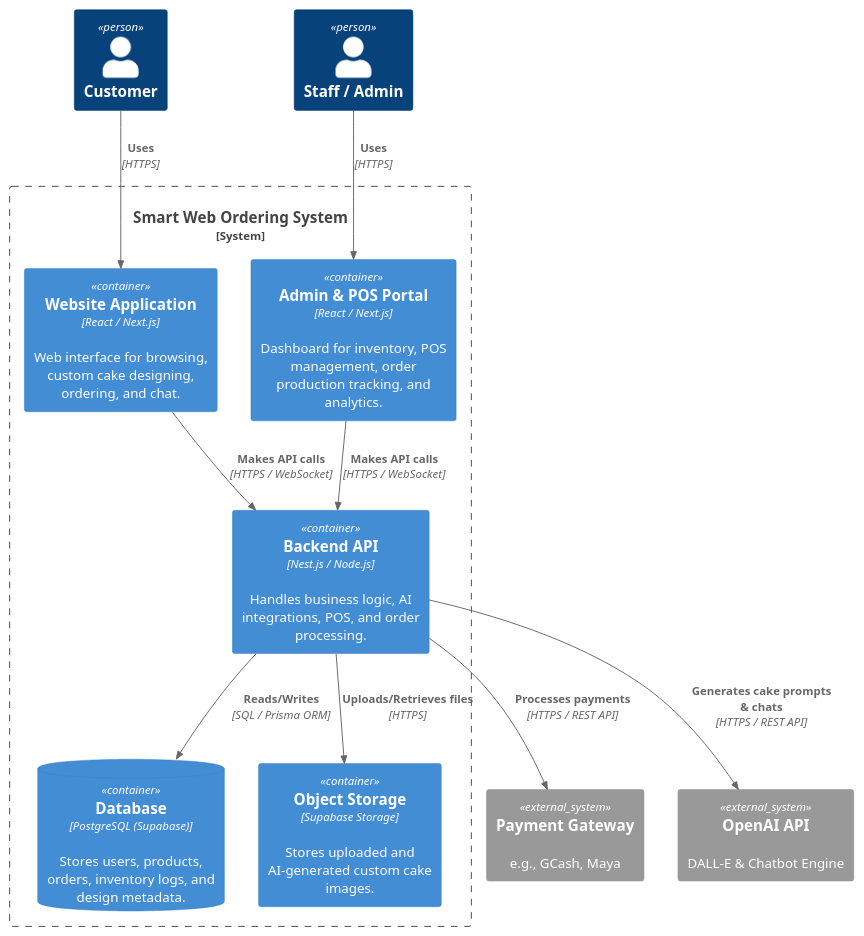
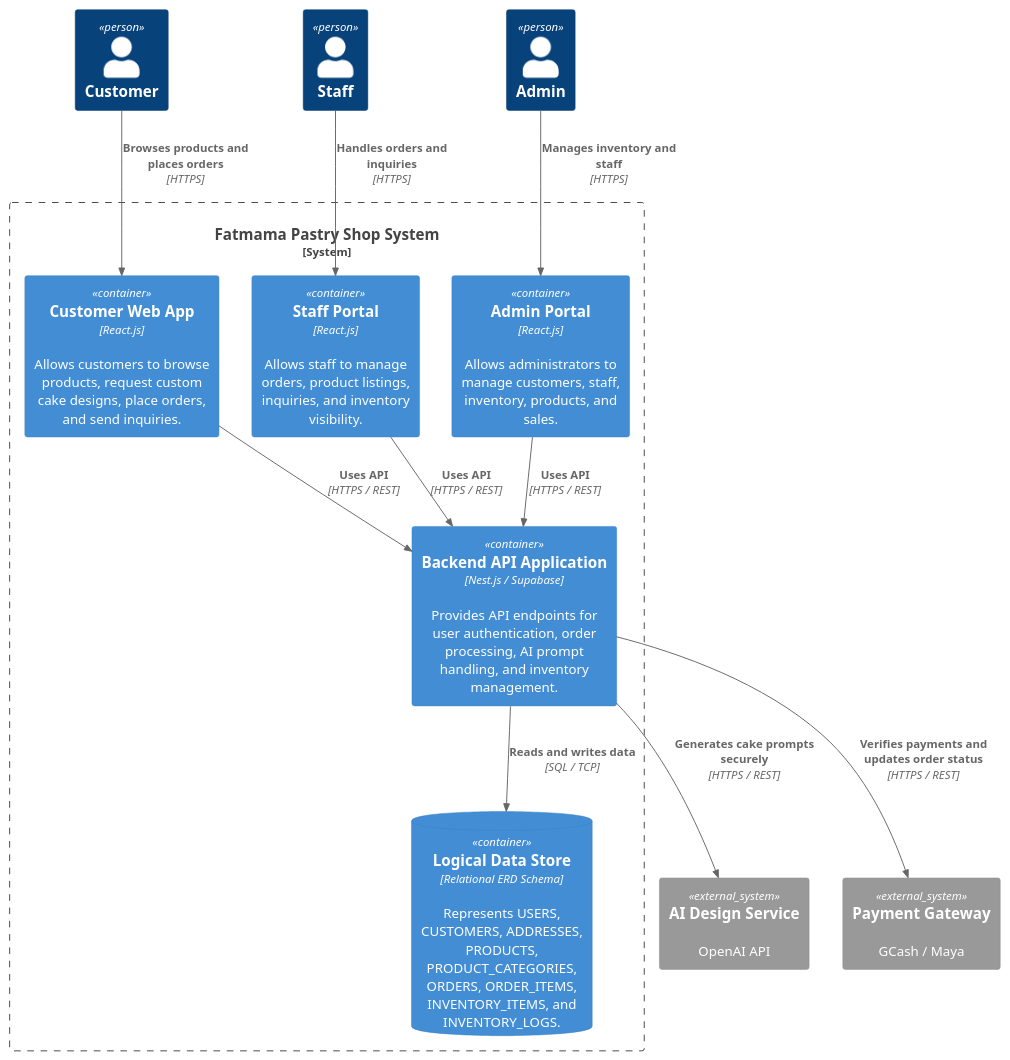
The diagram in PBL/MSYADD/CONTAINER DIAGRAM.puml (APC-SoCIT/APC-2026-2027-T1-IT241-Grp7-Smart-Web-Order-System-for-Mama-Co), drawn with PlantUML before and after one commit.

Commit message:
Update C4 container diagram for the ordering system
Updated the complete container architecture outlining the system's 3-tier model. This includes separating the interfaces into distinct Customer, Staff, and Admin React portals, adding a central backend API layer, and securely routing the AI cake design service and payment gateways through the server.

```diff
--- a/PBL/MSYADD/CONTAINER DIAGRAM.puml
+++ b/PBL/MSYADD/CONTAINER DIAGRAM.puml
@@ -1,32 +1,31 @@
 @startuml ContainerDiagram
 !include https://raw.githubusercontent.com/plantuml-stdlib/C4-PlantUML/master/C4_Container.puml
 
 Person(customer, "Customer")
-Person(admin, "Staff / Admin")
+Person(staff, "Staff")
+Person(admin, "Admin")
 
-System_Boundary(c1, "Smart Web Ordering System") {
-    Container(customerApp, "Website Application", "React / Next.js", "Web interface for browsing, custom cake designing, ordering, and chat.")
-    Container(adminApp, "Admin & POS Portal", "React / Next.js", "Dashboard for inventory, POS management, order production tracking, and analytics.")
-    
-    Container(backendApi, "Backend API", "Nest.js / Node.js", "Handles business logic, AI integrations, POS, and order processing.")
-    
-    ContainerDb(database, "Database", "PostgreSQL (Supabase)", "Stores users, products, orders, inventory logs, and design metadata.")
-    Container(storage, "Object Storage", "Supabase Storage", "Stores uploaded and AI-generated custom cake images.")
+System_Boundary(c1, "Fatmama Pastry Shop System") {
+    Container(customerApp, "Customer Web App", "React.js", "Allows customers to browse products, request custom cake designs, place orders, and send inquiries.")
+    Container(staffPortal, "Staff Portal", "React.js", "Allows staff to manage orders, product listings, inquiries, and inventory visibility.")
+    Container(adminPortal, "Admin Portal", "React.js", "Allows administrators to manage customers, staff, inventory, products, and sales.")
+    Container(apiApp, "Backend API Application", "Nest.js / Supabase", "Provides API endpoints for user authentication, order processing, AI prompt handling, and inventory management.")
+    ContainerDb(logicalDb, "Logical Data Store", "Relational ERD Schema", "Represents USERS, CUSTOMERS, ADDRESSES, PRODUCTS, PRODUCT_CATEGORIES, ORDERS, ORDER_ITEMS, INVENTORY_ITEMS, and INVENTORY_LOGS.")
 }
 
-System_Ext(paymentGateway, "Payment Gateway", "e.g., GCash, Maya")
-System_Ext(openai, "OpenAI API", "DALL-E & Chatbot Engine")
+System_Ext(aiDesign, "AI Design Service", "OpenAI API")
+System_Ext(paymentGateway, "Payment Gateway", "GCash / Maya")
 
-Rel(customer, customerApp, "Uses", "HTTPS")
-Rel(admin, adminApp, "Uses", "HTTPS")
+Rel(customer, customerApp, "Browses products and places orders", "HTTPS")
+Rel(staff, staffPortal, "Handles orders and inquiries", "HTTPS")
+Rel(admin, adminPortal, "Manages inventory and staff", "HTTPS")
 
-Rel(customerApp, backendApi, "Makes API calls", "HTTPS / WebSocket")
-Rel(adminApp, backendApi, "Makes API calls", "HTTPS / WebSocket")
+Rel(customerApp, apiApp, "Uses API", "HTTPS / REST")
+Rel(staffPortal, apiApp, "Uses API", "HTTPS / REST")
+Rel(adminPortal, apiApp, "Uses API", "HTTPS / REST")
 
-Rel(backendApi, database, "Reads/Writes", "SQL / Prisma ORM")
-Rel(backendApi, storage, "Uploads/Retrieves files", "HTTPS")
-
-Rel(backendApi, paymentGateway, "Processes payments", "HTTPS / REST API")
-Rel(backendApi, openai, "Generates cake prompts & chats", "HTTPS / REST API")
+Rel(apiApp, logicalDb, "Reads and writes data", "SQL / TCP")
+Rel(apiApp, aiDesign, "Generates cake prompts securely", "HTTPS / REST")
+Rel(apiApp, paymentGateway, "Verifies payments and updates order status", "HTTPS / REST")
 
 @enduml
```
